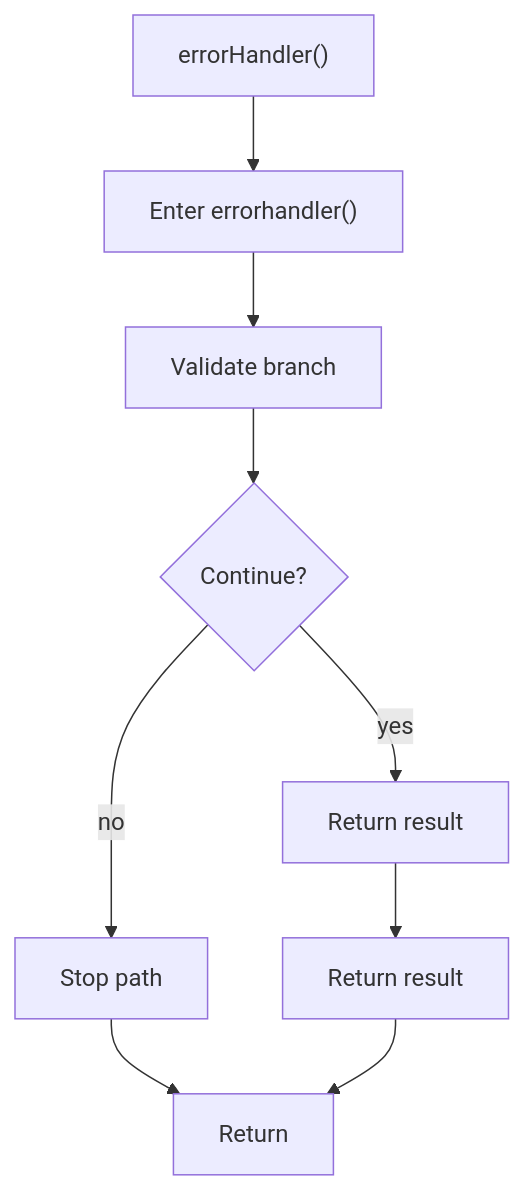
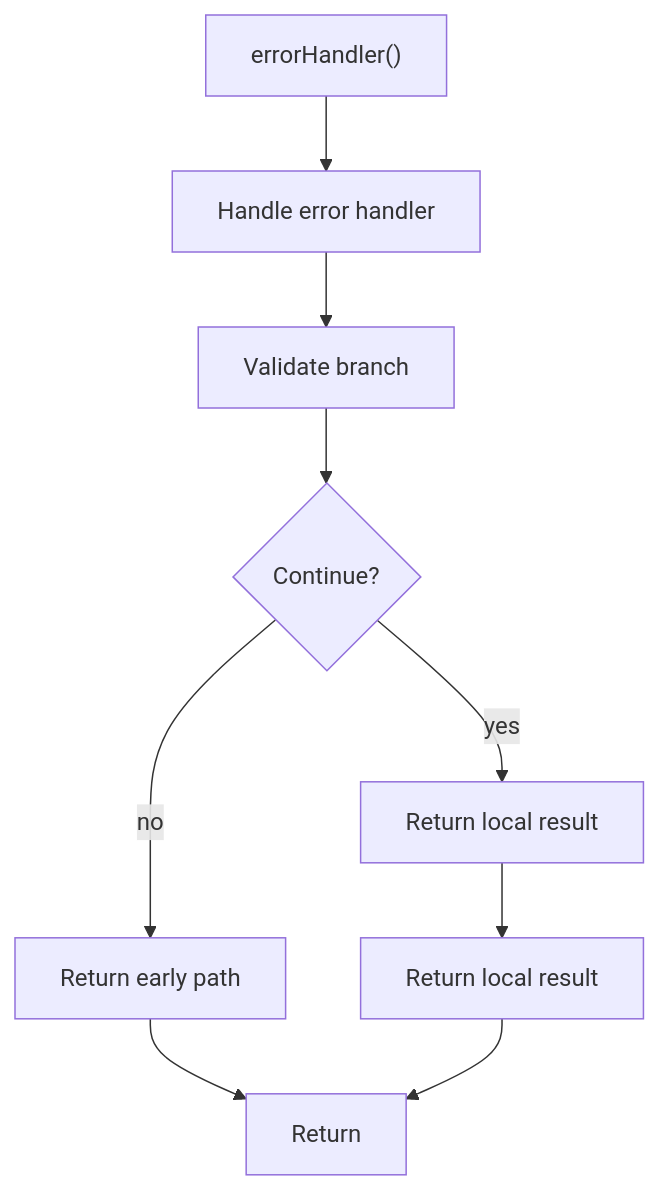
One commit to JohnAndrewBalbarosa/NeoTerritory changed the second of 2 diagrams in docs/Codebase/Backend/src/middleware/errorHandler.js.md. Above: the diagram before and after it, drawn with Mermaid. The commit also changed other lines of this file and 915 other files, not shown here.

````diff
--- a/docs/Codebase/Backend/src/middleware/errorHandler.js.md
+++ b/docs/Codebase/Backend/src/middleware/errorHandler.js.md
@@ -71,19 +70,19 @@
 ```mermaid
 flowchart TD
     Start["errorHandler()"]
-    N0["Enter errorhandler()"]
+    N0["Handle error handler"]
     N1["Validate branch"]
     D1{"Continue?"}
-    R1["Stop path"]
-    N2["Return result"]
-    N3["Return result"]
+    R1["Return early path"]
+    N2["Return local result"]
+    N3["Return local result"]
     End["Return"]
     Start --> N0
     N0 --> N1
     N1 --> D1
     D1 -->|yes| N2
     D1 -->|no| R1
     R1 --> End
     N2 --> N3
     N3 --> End
 ```
````
